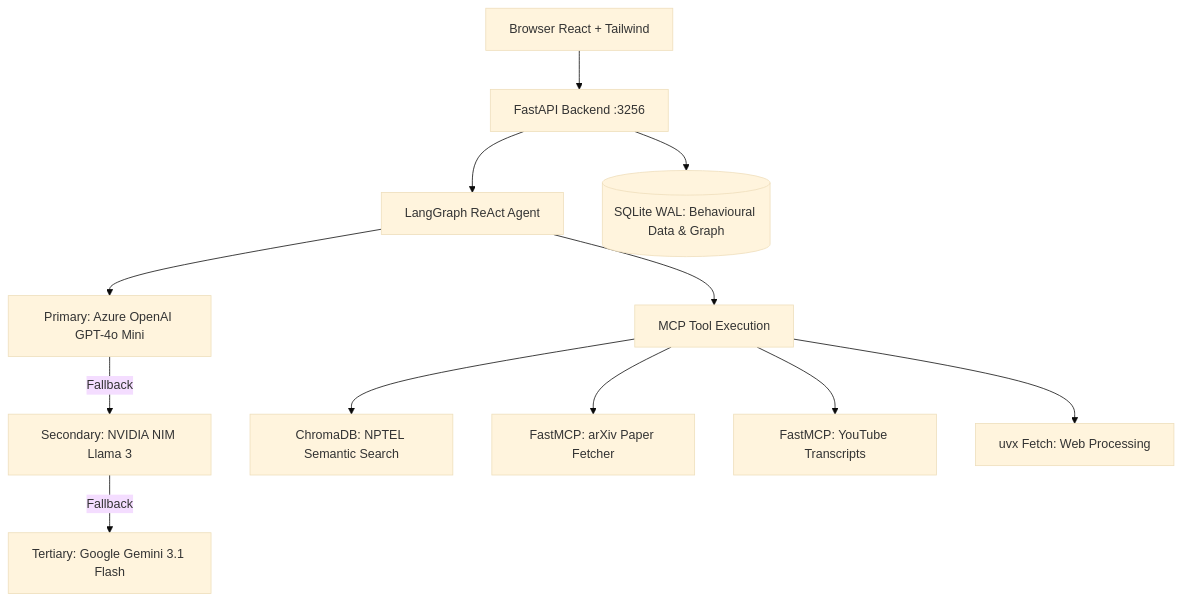
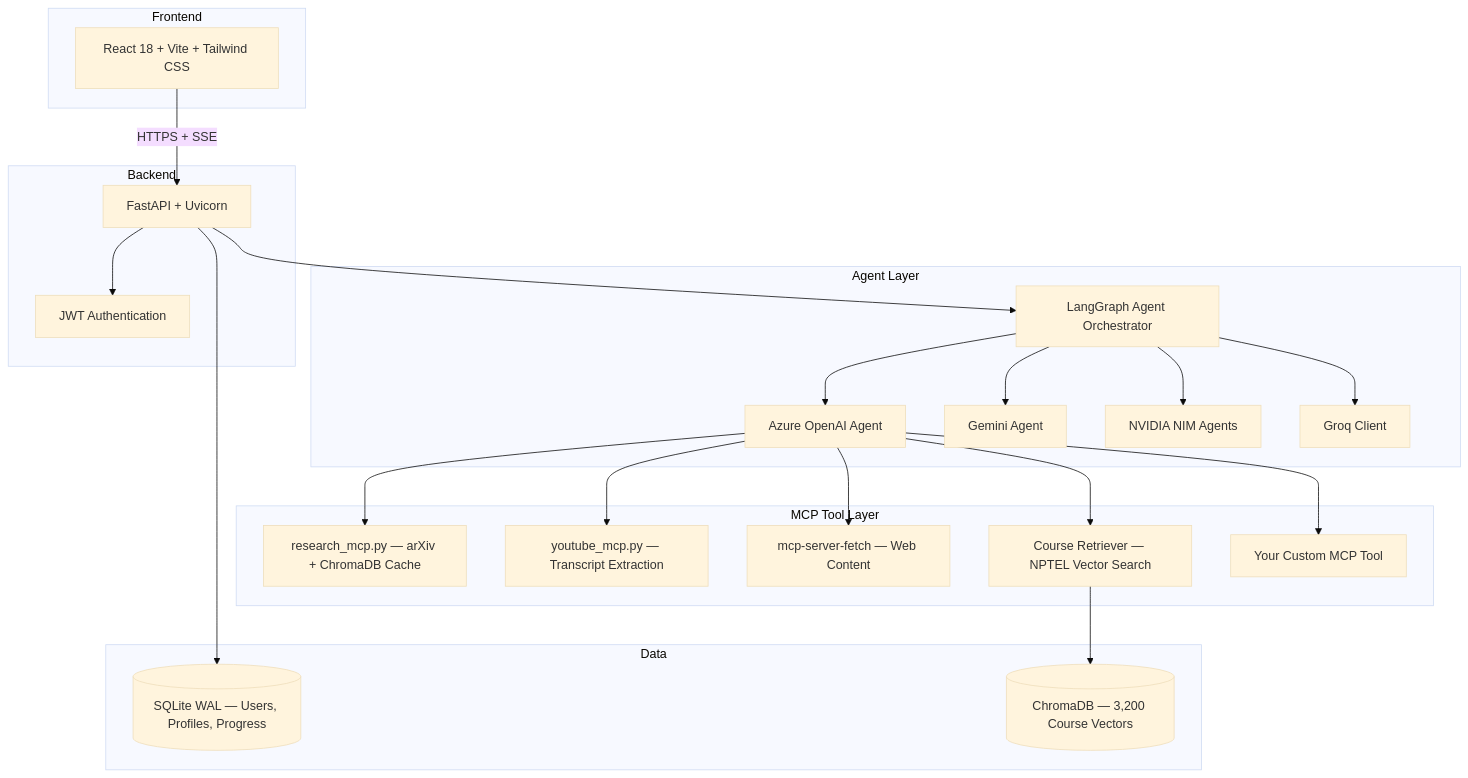
The diagram in readme.md (zeeshanparwez/ScholarGen), drawn with Mermaid (base theme) before and after one commit. The commit also changed other lines of this file, not shown here.

Commit message:
docs: rewrite README — multi-agent architecture, MCP extensibility, production documentation

````diff
--- a/readme.md
+++ b/readme.md
@@ -72,19 +154,47 @@
 ```mermaid
 graph TD
-    UI[Browser React + Tailwind] --> API[FastAPI Backend :3256]
-    
-    API --> Agent[LangGraph ReAct Agent]
-    
-    Agent --> LLM1[Primary: Azure OpenAI GPT-4o Mini]
-    LLM1 -- Fallback --> LLM2[Secondary: NVIDIA NIM Llama 3]
-    LLM2 -- Fallback --> LLM3[Tertiary: Google Gemini 3.1 Flash]
+    subgraph Frontend
+        UI[React 18 + Vite + Tailwind CSS]
+    end
 
-    Agent --> MCP[MCP Tool Execution]
-    
-    MCP --> T1[ChromaDB: NPTEL Semantic Search]
-    MCP --> T2[FastMCP: arXiv Paper Fetcher]
-    MCP --> T3[FastMCP: YouTube Transcripts]
-    MCP --> T4[uvx Fetch: Web Processing]
-    
-    API --> DB[(SQLite WAL: Behavioural Data & Graph)]
+    subgraph Backend
+        API[FastAPI + Uvicorn]
+        AUTH[JWT Authentication]
+    end
+
+    subgraph Agent Layer
+        ORCH[LangGraph Agent Orchestrator]
+        AZURE[Azure OpenAI Agent]
+        GEMINI[Gemini Agent]
+        NIM[NVIDIA NIM Agents]
+        GROQ[Groq Client]
+    end
+
+    subgraph MCP Tool Layer
+        MCP1[research_mcp.py — arXiv + ChromaDB Cache]
+        MCP2[youtube_mcp.py — Transcript Extraction]
+        MCP3[mcp-server-fetch — Web Content]
+        MCP4[Course Retriever — NPTEL Vector Search]
+        MCP5[Your Custom MCP Tool]
+    end
+
+    subgraph Data
+        DB[(SQLite WAL — Users, Profiles, Progress)]
+        VEC[(ChromaDB — 3,200 Course Vectors)]
+    end
+
+    UI -->|HTTPS + SSE| API
+    API --> AUTH
+    API --> ORCH
+    ORCH --> AZURE
+    ORCH --> GEMINI
+    ORCH --> NIM
+    ORCH --> GROQ
+    AZURE --> MCP1
+    AZURE --> MCP2
+    AZURE --> MCP3
+    AZURE --> MCP4
+    AZURE --> MCP5
+    API --> DB
+    MCP4 --> VEC
 ```
````
